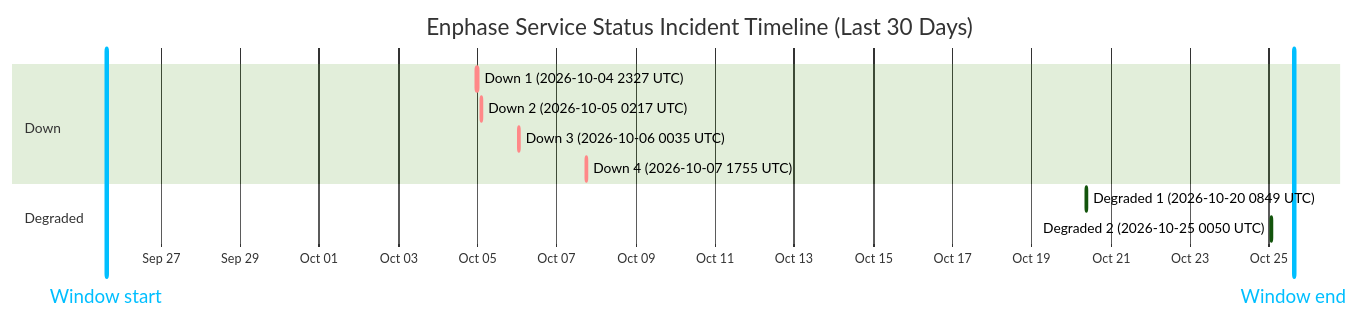
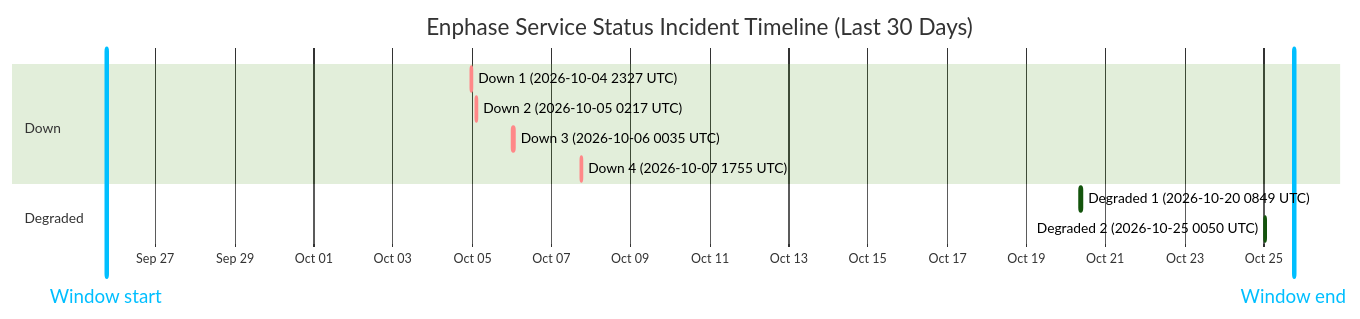
The diagram in wiki/Service-Status-History.md (barneyonline/ha-enphase-energy), drawn with Mermaid (forest theme) before and after one commit. The commit also changed other lines of this file and 3 other files, not shown here.

````diff
--- a/wiki/Service-Status-History.md
+++ b/wiki/Service-Status-History.md
@@ -14,16 +14,16 @@
 ```mermaid
 gantt
     title Enphase Service Status Incident Timeline (Last 30 Days)
     dateFormat  YYYY-MM-DDTHH:mm:ss
     axisFormat  %b %d
-    Window start :vert, window-start, 2026-09-25T14:48:51, 0ms
-    Window end :vert, window-end, 2026-10-25T14:48:51, 0ms
+    Window start :vert, window-start, 2026-09-25T18:08:02, 0ms
+    Window end :vert, window-end, 2026-10-25T18:08:02, 0ms
     section Down
     Down 1 (2026-10-04 2327 UTC) :crit, down-1, 2026-10-04T23:27:34, 60m
     Down 2 (2026-10-05 0217 UTC) :crit, down-2, 2026-10-05T02:17:30, 60m
     Down 3 (2026-10-06 0035 UTC) :crit, down-3, 2026-10-06T00:35:21, 60m
     Down 4 (2026-10-07 1755 UTC) :crit, down-4, 2026-10-07T17:55:16, 60m
     section Degraded
     Degraded 1 (2026-10-20 0849 UTC) :active, degraded-1, 2026-10-20T08:49:49, 60m
     Degraded 2 (2026-10-25 0050 UTC) :active, degraded-2, 2026-10-25T00:50:01, 60m
 ```
````
